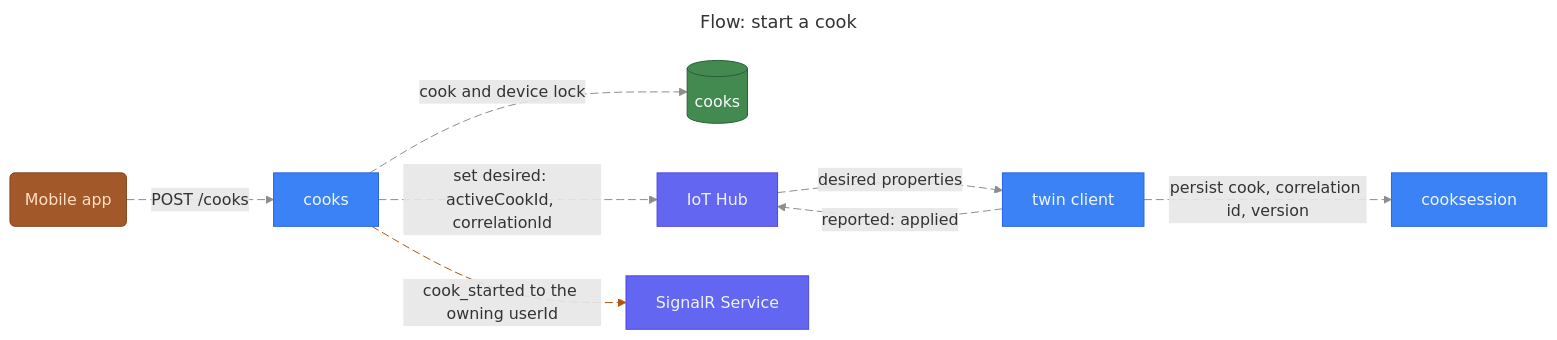
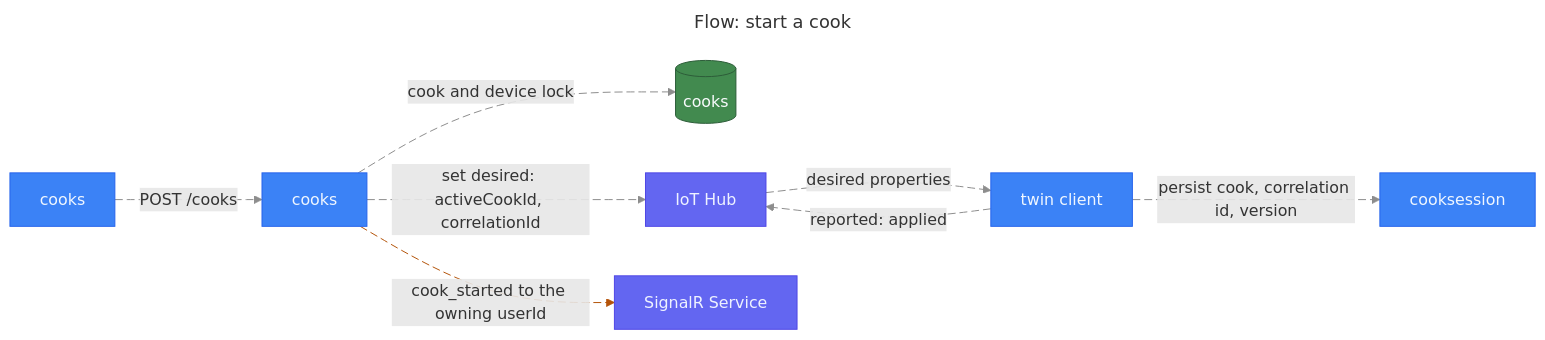
One commit to stevebargelt/meatgeekv2 changed diagram 13 of 17 in docs/architecture/diagrams.md. Above: the diagram before and after it, drawn with Mermaid. The commit also changed other lines of this file and 11 other files, not shown here.

First line of the commit message:
docs(architecture): HAR-103 draw the live web app, the chart read model, Vercel and the browser tests

````diff
--- a/docs/architecture/diagrams.md
+++ b/docs/architecture/diagrams.md
@@ -908,30 +1066,28 @@
 ```mermaid
 ---
 title: "Flow: start a cook"
 ---
 graph LR
-  MeatgeekMobile@{ shape: rounded, label: "Mobile app" }
+  MeatgeekWebCooks@{ shape: rectangle, label: "cooks" }
   MeatgeekCloudApiCooks@{ shape: rectangle, label: "cooks" }
   MeatgeekCloudDataCooks@{ shape: cylinder, label: "cooks" }
   MeatgeekCloudIngestIothub@{ shape: rectangle, label: "IoT Hub" }
   MeatgeekEdgePusherTwin@{ shape: rectangle, label: "twin client" }
   MeatgeekEdgePusherSession@{ shape: rectangle, label: "cooksession" }
   MeatgeekCloudRealtime@{ shape: rectangle, label: "SignalR Service" }
-  MeatgeekMobile -. "`POST /cooks`" .-> MeatgeekCloudApiCooks
+  MeatgeekWebCooks -. "`POST /cooks`" .-> MeatgeekCloudApiCooks
   MeatgeekCloudApiCooks -. "`cook and device lock`" .-> MeatgeekCloudDataCooks
   MeatgeekCloudApiCooks -. "`set desired: activeCookId, correlationId`" .-> MeatgeekCloudIngestIothub
   MeatgeekCloudIngestIothub -. "`desired properties`" .-> MeatgeekEdgePusherTwin
   MeatgeekEdgePusherTwin -. "`persist cook, correlation id, version`" .-> MeatgeekEdgePusherSession
   MeatgeekEdgePusherTwin -. "`reported: applied`" .-> MeatgeekCloudIngestIothub
   MeatgeekCloudApiCooks -. "`cook_started to the owning userId`" .-> MeatgeekCloudRealtime
-  classDef amber fill:#A35829,stroke:#7E451D,color:#FFE0C2
-  class MeatgeekMobile amber
   classDef primary fill:#3b82f6,stroke:#2563eb,color:#eff6ff
-  class MeatgeekCloudApiCooks,MeatgeekEdgePusherTwin,MeatgeekEdgePusherSession primary
+  class MeatgeekWebCooks,MeatgeekCloudApiCooks,MeatgeekEdgePusherTwin,MeatgeekEdgePusherSession primary
   classDef green fill:#428a4f,stroke:#2d5d39,color:#f8fafc
   class MeatgeekCloudDataCooks green
   classDef indigo fill:#6366f1,stroke:#4f46e5,color:#eef2ff
   class MeatgeekCloudIngestIothub,MeatgeekCloudRealtime indigo
   linkStyle 0,1,2,3,4,5 stroke:#8D8D8D,stroke-dasharray:8 4
   linkStyle 6 stroke:#b45309,stroke-dasharray:8 4
 ```
````
